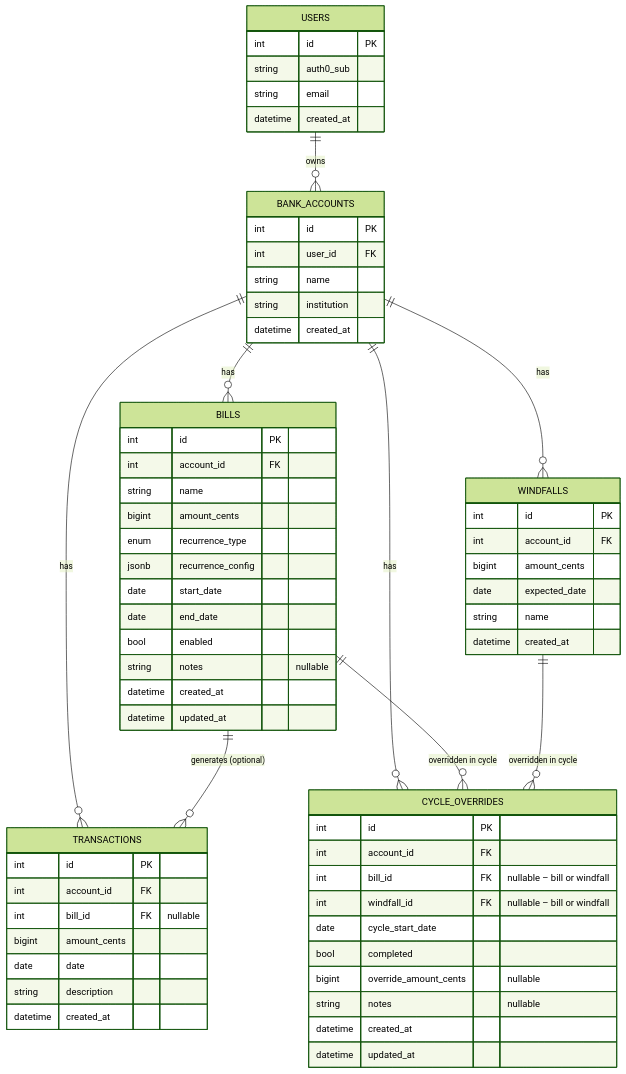
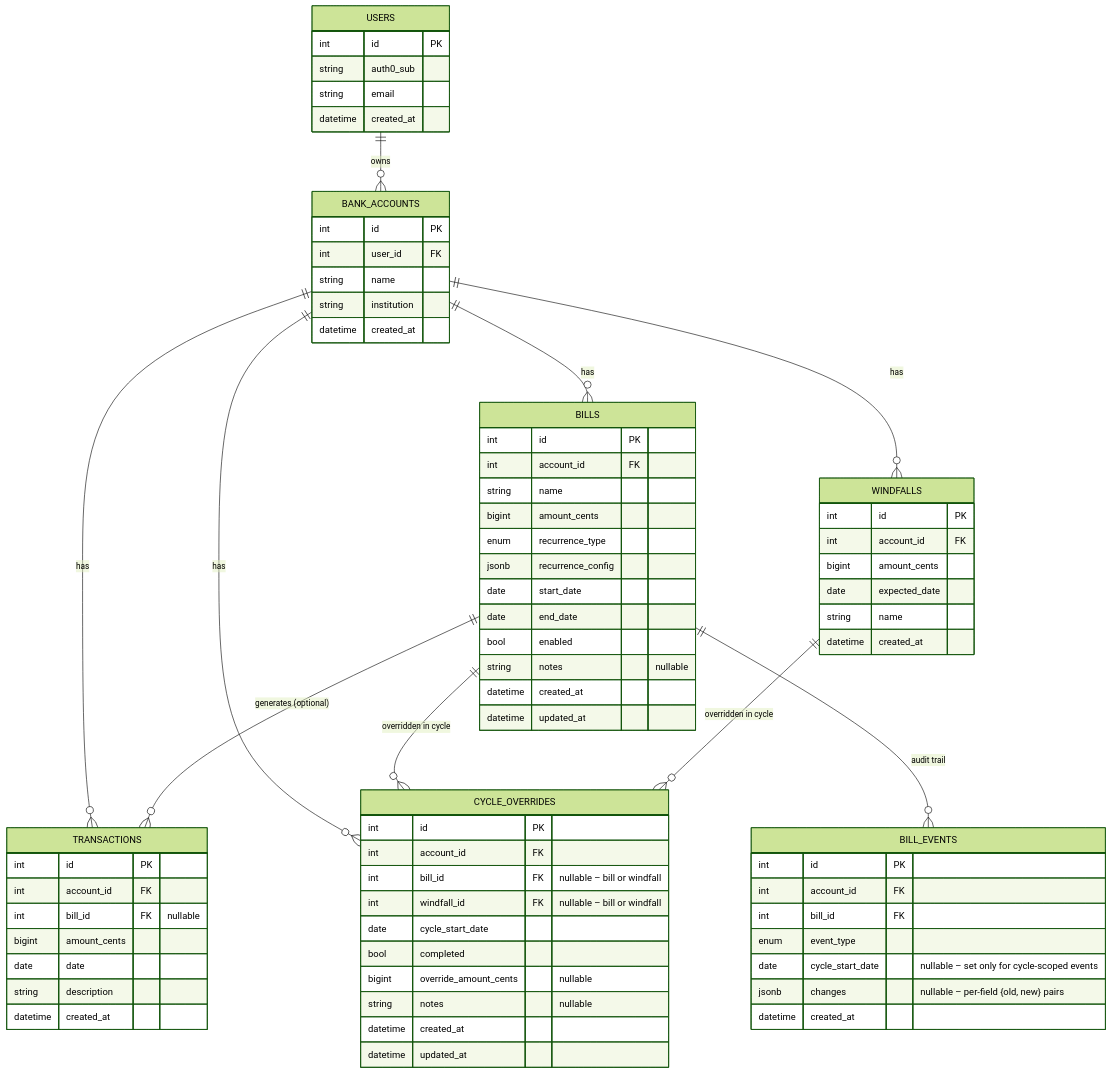
Before and after one commit to kenhowardpdx/tally: the diagram in docs/ROADMAP.md, drawn with Mermaid (forest theme). The commit also changed other lines of this file and 3 other files, not shown here.

````diff
--- a/docs/ROADMAP.md
+++ b/docs/ROADMAP.md
@@ -81,68 +81,78 @@
 ```mermaid
 erDiagram
     USERS ||--o{ BANK_ACCOUNTS : owns
     BANK_ACCOUNTS ||--o{ BILLS : has
     BANK_ACCOUNTS ||--o{ TRANSACTIONS : has
     BANK_ACCOUNTS ||--o{ WINDFALLS : has
     BANK_ACCOUNTS ||--o{ CYCLE_OVERRIDES : has
     BILLS ||--o{ TRANSACTIONS : "generates (optional)"
     BILLS ||--o{ CYCLE_OVERRIDES : "overridden in cycle"
+    BILLS ||--o{ BILL_EVENTS : "audit trail"
     WINDFALLS ||--o{ CYCLE_OVERRIDES : "overridden in cycle"
 
     USERS {
         int id PK
         string auth0_sub
         string email
         datetime created_at
     }
     BANK_ACCOUNTS {
         int id PK
         int user_id FK
         string name
         string institution
         datetime created_at
     }
     BILLS {
         int id PK
         int account_id FK
         string name
         bigint amount_cents
         enum recurrence_type
         jsonb recurrence_config
         date start_date
         date end_date
         bool enabled
         string notes "nullable"
         datetime created_at
         datetime updated_at
     }
     TRANSACTIONS {
         int id PK
         int account_id FK
         int bill_id FK "nullable"
         bigint amount_cents
         date date
         string description
         datetime created_at
     }
     WINDFALLS {
         int id PK
         int account_id FK
         bigint amount_cents
         date expected_date
         string name
         datetime created_at
     }
     CYCLE_OVERRIDES {
         int id PK
         int account_id FK
         int bill_id FK "nullable – bill or windfall"
         int windfall_id FK "nullable – bill or windfall"
         date cycle_start_date
         bool completed
         bigint override_amount_cents "nullable"
         string notes "nullable"
         datetime created_at
         datetime updated_at
     }
+    BILL_EVENTS {
+        int id PK
+        int account_id FK
+        int bill_id FK
+        enum event_type
+        date cycle_start_date "nullable – set only for cycle-scoped events"
+        jsonb changes "nullable – per-field {old, new} pairs"
+        datetime created_at
+    }
 ```
````
